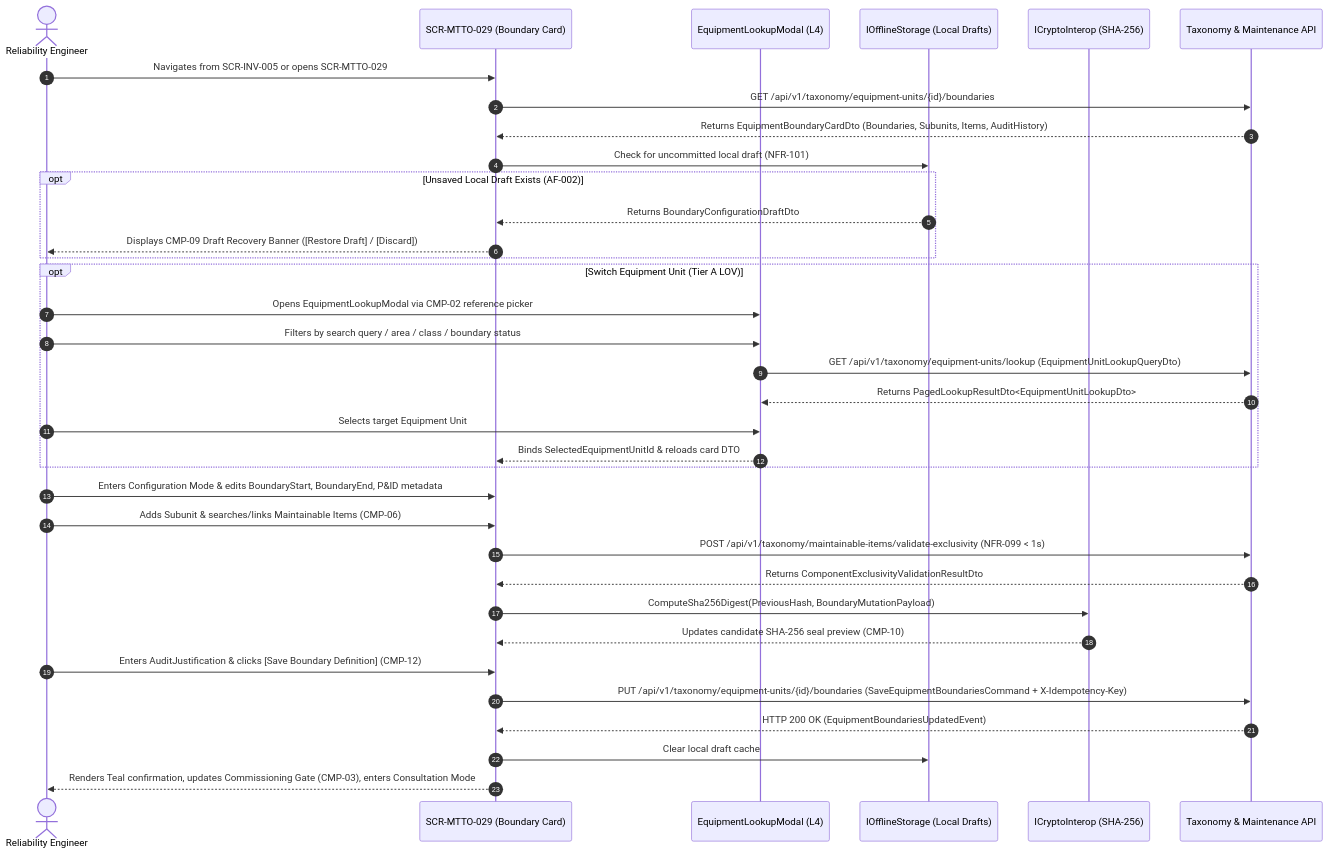
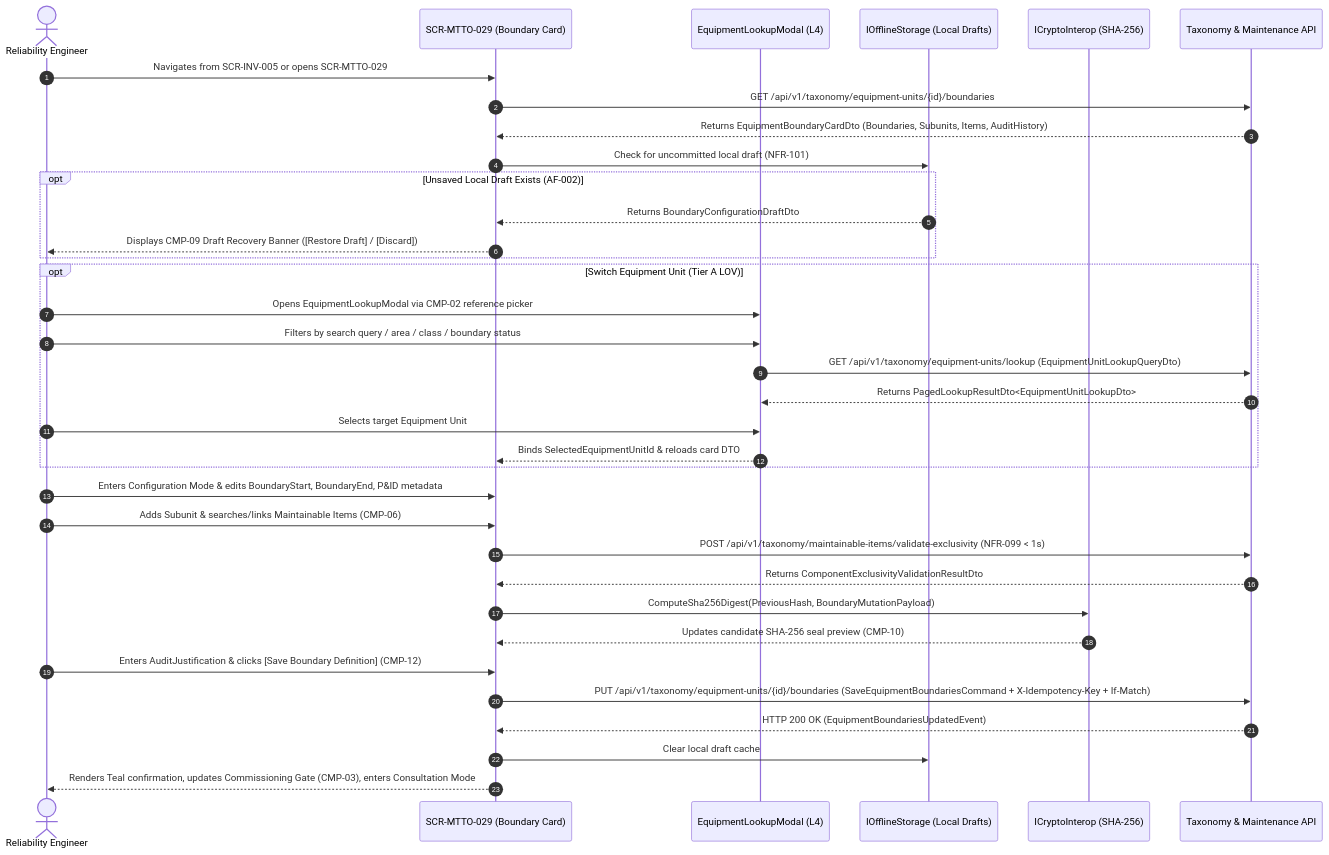
The diagram in ui-ux/screens/mtto/SCR-MTTO-029.md (Novav20/adso-dteam-docs), drawn with Mermaid before and after one commit. The commit also changed other lines of this file and 62 other files, not shown here.

Commit message:
docs(audit): close 32/33 pre-code findings (ADR-010, xmin ETag, X-Idempotency-Key, UC-INV-007 in SCR-INV-005, RBAC/tokens/API/SignalR; defer P2-M04)

````diff
--- a/ui-ux/screens/mtto/SCR-MTTO-029.md
+++ b/ui-ux/screens/mtto/SCR-MTTO-029.md
@@ -231,38 +231,38 @@
 ```mermaid
 sequenceDiagram
     autonumber
     actor Eng as Reliability Engineer
     participant UI as SCR-MTTO-029 (Boundary Card)
     participant LOV as EquipmentLookupModal (L4)
     participant Store as IOfflineStorage (Local Drafts)
     participant Crypto as ICryptoInterop (SHA-256)
     participant API as Taxonomy & Maintenance API
 
     Eng->>UI: Navigates from SCR-INV-005 or opens SCR-MTTO-029
     UI->>API: GET /api/v1/taxonomy/equipment-units/{id}/boundaries
     API-->>UI: Returns EquipmentBoundaryCardDto (Boundaries, Subunits, Items, AuditHistory)
     UI->>Store: Check for uncommitted local draft (NFR-101)
     opt Unsaved Local Draft Exists (AF-002)
         Store-->>UI: Returns BoundaryConfigurationDraftDto
         UI-->>Eng: Displays CMP-09 Draft Recovery Banner ([Restore Draft] / [Discard])
     end
     opt Switch Equipment Unit (Tier A LOV)
         Eng->>LOV: Opens EquipmentLookupModal via CMP-02 reference picker
         Eng->>LOV: Filters by search query / area / class / boundary status
         LOV->>API: GET /api/v1/taxonomy/equipment-units/lookup (EquipmentUnitLookupQueryDto)
         API-->>LOV: Returns PagedLookupResultDto<EquipmentUnitLookupDto>
         Eng->>LOV: Selects target Equipment Unit
         LOV-->>UI: Binds SelectedEquipmentUnitId & reloads card DTO
     end
     Eng->>UI: Enters Configuration Mode & edits BoundaryStart, BoundaryEnd, P&ID metadata
     Eng->>UI: Adds Subunit & searches/links Maintainable Items (CMP-06)
     UI->>API: POST /api/v1/taxonomy/maintainable-items/validate-exclusivity (NFR-099 < 1s)
     API-->>UI: Returns ComponentExclusivityValidationResultDto
     UI->>Crypto: ComputeSha256Digest(PreviousHash, BoundaryMutationPayload)
     Crypto-->>UI: Updates candidate SHA-256 seal preview (CMP-10)
     Eng->>UI: Enters AuditJustification & clicks [Save Boundary Definition] (CMP-12)
-    UI->>API: PUT /api/v1/taxonomy/equipment-units/{id}/boundaries (SaveEquipmentBoundariesCommand + X-Idempotency-Key)
+    UI->>API: PUT /api/v1/taxonomy/equipment-units/{id}/boundaries (SaveEquipmentBoundariesCommand + X-Idempotency-Key + If-Match)
     API-->>UI: HTTP 200 OK (EquipmentBoundariesUpdatedEvent)
     UI->>Store: Clear local draft cache
     UI-->>Eng: Renders Teal confirmation, updates Commissioning Gate (CMP-03), enters Consultation Mode
 ```
````
